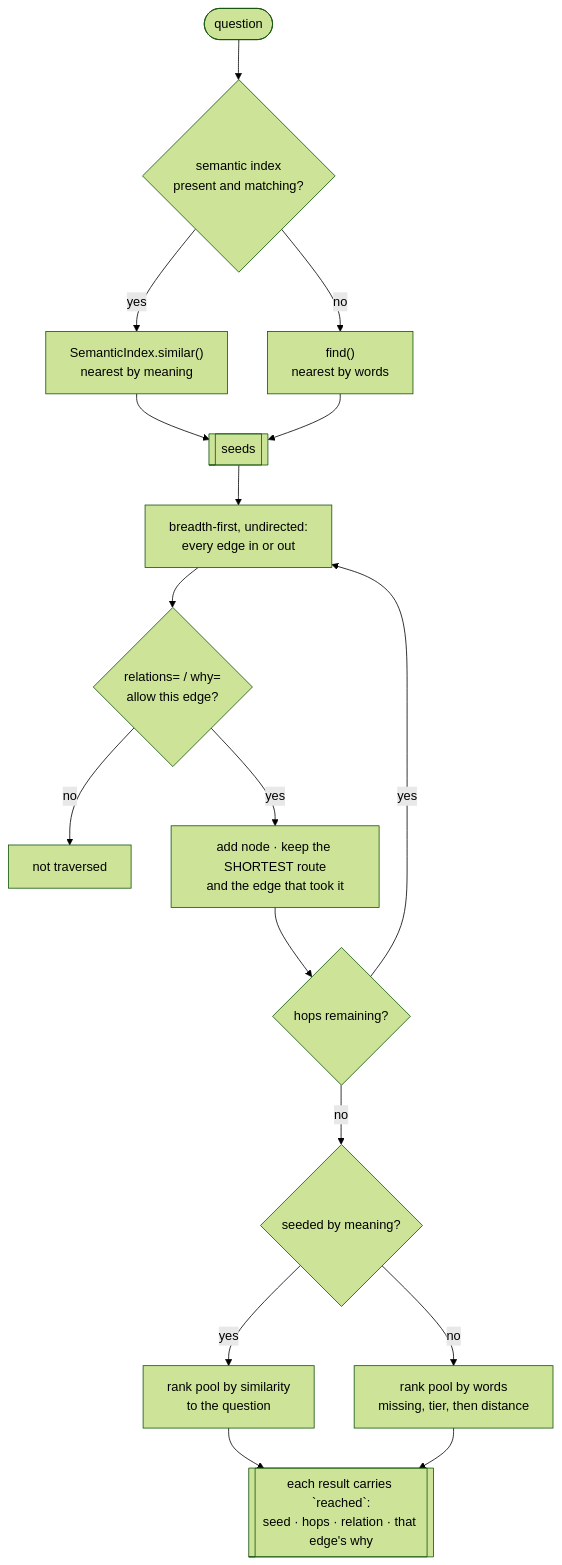
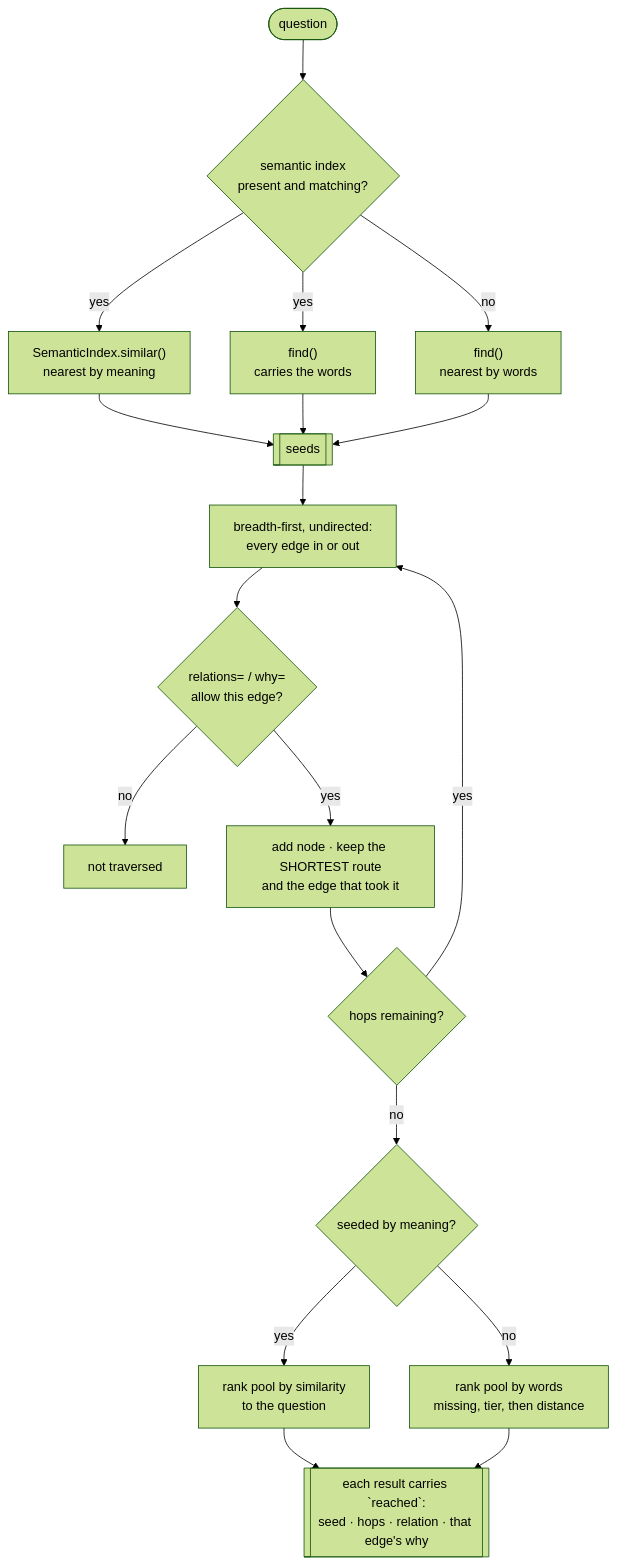
The sixth of 8 diagrams in docs/architecture/README.md (MangroveTechnologies/MangroveKnowledgeBase), drawn with Mermaid (forest theme) before and after one commit. The commit also changed other lines of this file and 12 other files, not shown here.

````diff
--- a/docs/architecture/README.md
+++ b/docs/architecture/README.md
@@ -193,23 +194,25 @@
 ```mermaid
 flowchart TB
   q([question]) --> sem{"semantic index<br/>present and matching?"}
   sem -->|yes| seeds1["SemanticIndex.similar()<br/>nearest by meaning"]
+  sem -->|yes| seeds3["find()<br/>carries the words"]
   sem -->|no| seeds2["find()<br/>nearest by words"]
   seeds1 --> frontier
+  seeds3 --> frontier
   seeds2 --> frontier
 
   frontier[["seeds"]] --> bfs["breadth-first, undirected:<br/>every edge in or out"]
   bfs --> filt{"relations= / why=<br/>allow this edge?"}
   filt -->|no| skipped[not traversed]
   filt -->|yes| add[add node · keep the SHORTEST route<br/>and the edge that took it]
   add --> more{"hops remaining?"}
   more -->|yes| bfs
   more -->|no| rerank
 
   rerank{"seeded by meaning?"}
   rerank -->|yes| rs["rank pool by similarity<br/>to the question"]
   rerank -->|no| rl["rank pool by words<br/>missing, tier, then distance"]
   rs --> out
   rl --> out
   out[["each result carries `reached`:<br/>seed · hops · relation · that edge's why"]]
 ```
````
